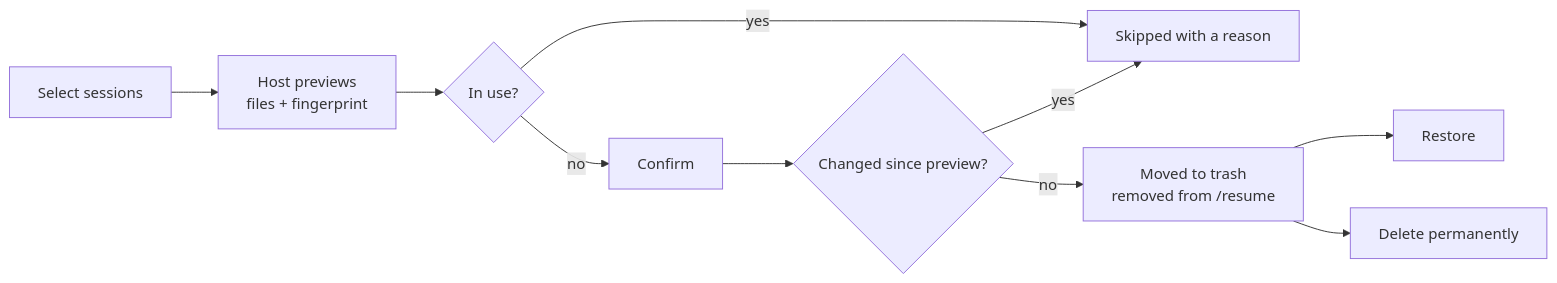
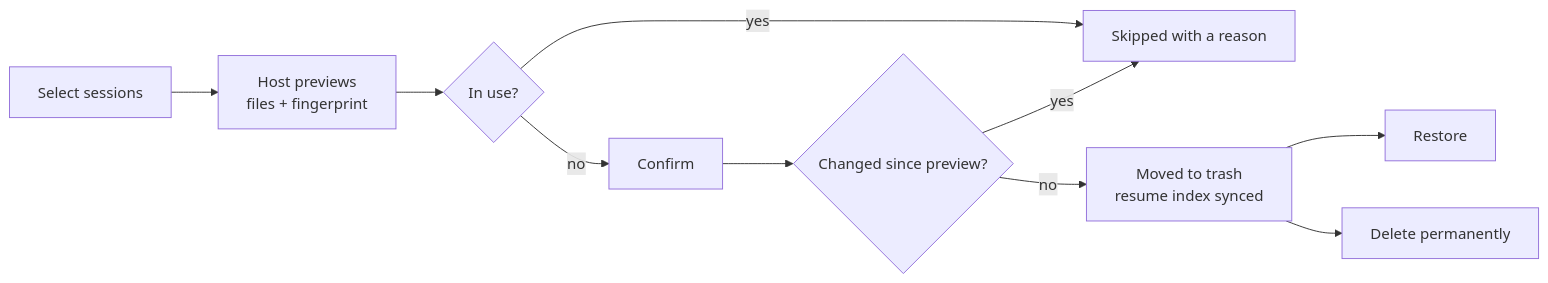
Before and after one commit to jjayjackie/SessionManager: the first of 2 diagrams in README.md, drawn with Mermaid. The commit also changed other lines of this file and 7 other files, not shown here.

````diff
--- a/README.md
+++ b/README.md
@@ -60,11 +73,11 @@
 ```mermaid
 flowchart LR
   A[Select sessions] --> B[Host previews<br/>files + fingerprint]
   B --> C{In use?}
   C -- yes --> D[Skipped with a reason]
   C -- no --> E[Confirm]
   E --> F{Changed since preview?}
   F -- yes --> D
-  F -- no --> G[Moved to trash<br/>removed from /resume]
+  F -- no --> G[Moved to trash<br/>resume index synced]
   G --> H[Restore] & I[Delete permanently]
 ```
````
